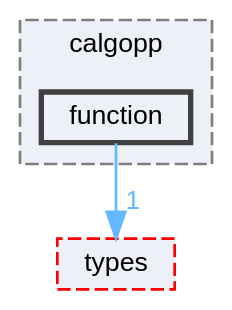
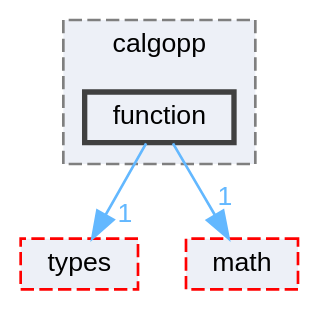
One commit to pawelekg95/algopp changed the diagram in dir_d2b92af5a2cfbc9acf9c6f0ed7f1652b_dep.dot. Above: the diagram before and after it, drawn with Graphviz. The commit also changed 31 other files, not shown here.

```diff
--- a/dir_d2b92af5a2cfbc9acf9c6f0ed7f1652b_dep.dot
+++ b/dir_d2b92af5a2cfbc9acf9c6f0ed7f1652b_dep.dot
@@ -1,14 +1,16 @@
 digraph "lib/function/include/calgopp/function"
 {
  // LATEX_PDF_SIZE
   bgcolor="transparent";
   edge [fontname=Helvetica,fontsize=10,labelfontname=Helvetica,labelfontsize=10];
   node [fontname=Helvetica,fontsize=10,shape=box,height=0.2,width=0.4];
   compound=true
   subgraph clusterdir_47527aa265fc0213fba02d5068b62958 {
     graph [ bgcolor="#edf0f7", pencolor="grey50", label="calgopp", fontname=Helvetica,fontsize=10 style="filled,dashed", URL="dir_47527aa265fc0213fba02d5068b62958.html",tooltip=""]
   dir_d2b92af5a2cfbc9acf9c6f0ed7f1652b [label="function", fillcolor="#edf0f7", color="grey25", style="filled,bold", URL="dir_d2b92af5a2cfbc9acf9c6f0ed7f1652b.html",tooltip=""];
   }
   dir_560694f03ee5bf1136d79e4f1ca1ca37 [label="types", fillcolor="#edf0f7", color="red", style="filled,dashed", URL="dir_560694f03ee5bf1136d79e4f1ca1ca37.html",tooltip=""];
+  dir_a36354df93aef5eec904487b77fa4fab [label="math", fillcolor="#edf0f7", color="red", style="filled,dashed", URL="dir_a36354df93aef5eec904487b77fa4fab.html",tooltip=""];
   dir_d2b92af5a2cfbc9acf9c6f0ed7f1652b->dir_560694f03ee5bf1136d79e4f1ca1ca37 [headlabel="1", labeldistance=1.5 headhref="dir_000012_000028.html" color="steelblue1" fontcolor="steelblue1"];
+  dir_d2b92af5a2cfbc9acf9c6f0ed7f1652b->dir_a36354df93aef5eec904487b77fa4fab [headlabel="1", labeldistance=1.5 headhref="dir_000012_000023.html" color="steelblue1" fontcolor="steelblue1"];
 }
```
